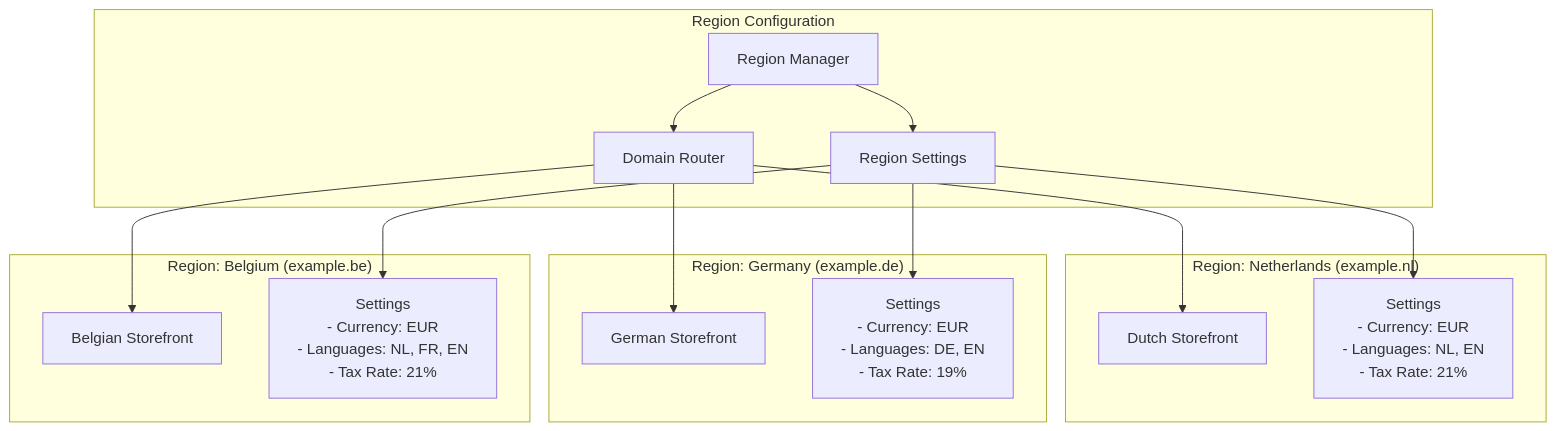
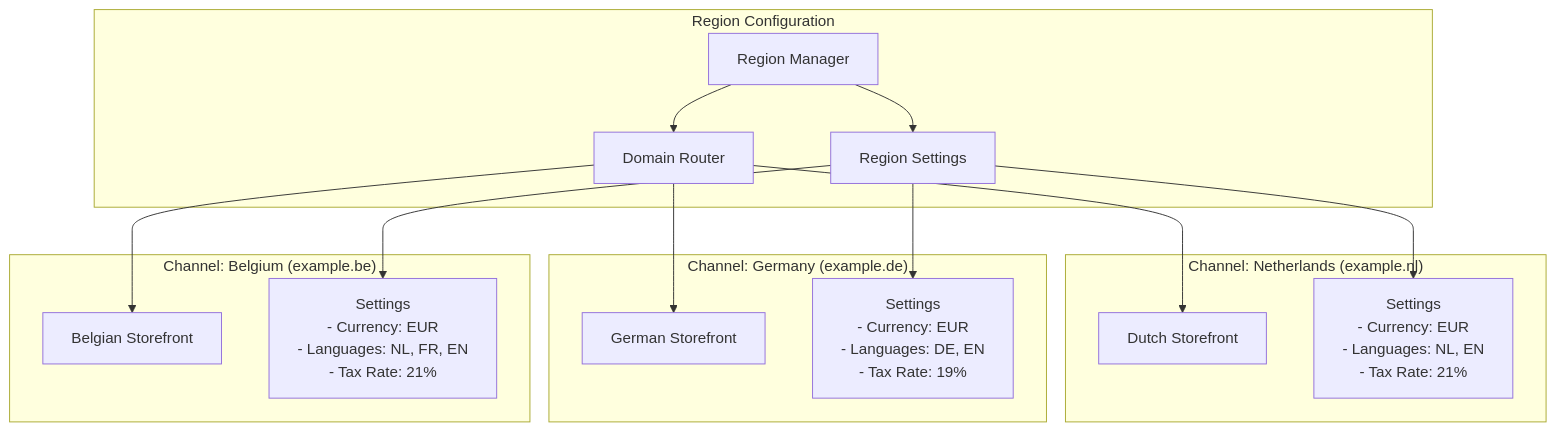
The fifth of 8 diagrams in docs/architecture/system-architecture.md (mprolabs/statamic-to-medusa-migration), drawn with Mermaid before and after one commit. The commit also changed other lines of this file and 123 other files, not shown here.

````diff
--- a/docs/architecture/system-architecture.md
+++ b/docs/architecture/system-architecture.md
@@ -249,34 +223,34 @@
 ```mermaid
 graph TD
     subgraph "Region Configuration"
         RegionManager["Region Manager"]
         DomainRouter["Domain Router"]
         RegionSettings["Region Settings"]
     end
     
-    subgraph "Region: Netherlands (example.nl)"
+    subgraph "Channel: Netherlands (example.nl)"
         NL_Storefront["Dutch Storefront"]
         NL_Settings["Settings<br/>- Currency: EUR<br/>- Languages: NL, EN<br/>- Tax Rate: 21%"]
     end
     
-    subgraph "Region: Germany (example.de)"
+    subgraph "Channel: Germany (example.de)"
         DE_Storefront["German Storefront"]
         DE_Settings["Settings<br/>- Currency: EUR<br/>- Languages: DE, EN<br/>- Tax Rate: 19%"]
     end
     
-    subgraph "Region: Belgium (example.be)"
+    subgraph "Channel: Belgium (example.be)"
         BE_Storefront["Belgian Storefront"]
         BE_Settings["Settings<br/>- Currency: EUR<br/>- Languages: NL, FR, EN<br/>- Tax Rate: 21%"]
     end
     
     RegionManager --> DomainRouter
     RegionManager --> RegionSettings
     
     DomainRouter --> NL_Storefront
     DomainRouter --> DE_Storefront
     DomainRouter --> BE_Storefront
     
     RegionSettings --> NL_Settings
     RegionSettings --> DE_Settings
     RegionSettings --> BE_Settings
 ```
````
